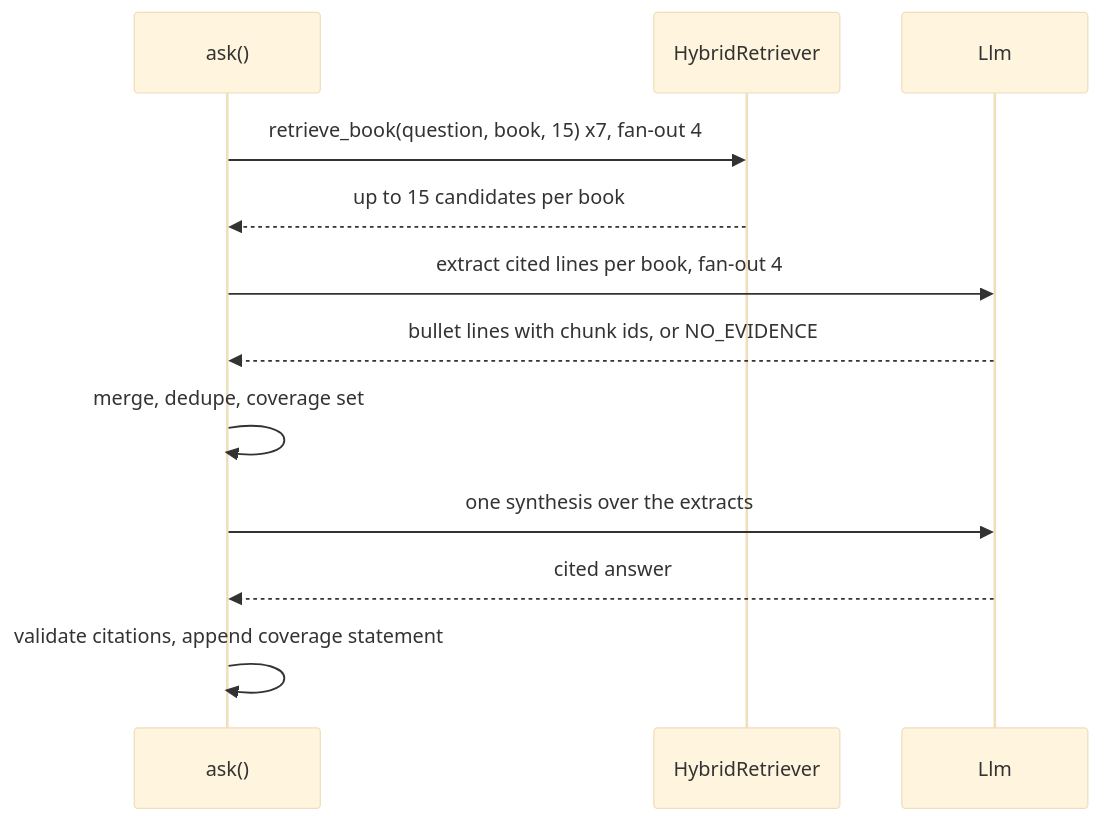
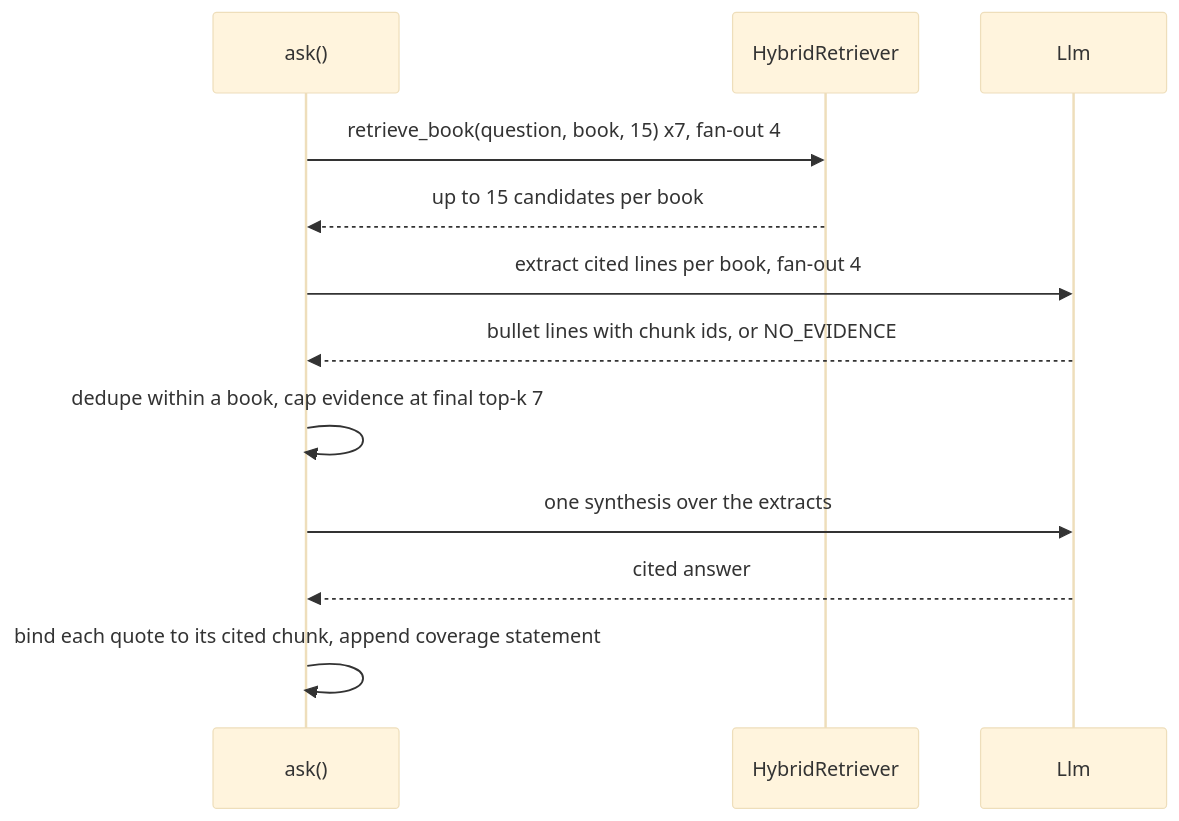
One commit to monitus2022/owl-online changed the fourth of 6 diagrams in docs/architecture.md. Above: the diagram before and after it, drawn with Mermaid (base theme). The commit also changed other lines of this file and 14 other files, not shown here.

First line of the commit message:
fix(generate): bind multi-book quotes and measure the held-out run (#105)

````diff
--- a/docs/architecture.md
+++ b/docs/architecture.md
@@ -260,14 +260,14 @@
 ```mermaid
 sequenceDiagram
   participant A as ask()
   participant R as HybridRetriever
   participant LLM as Llm
   A->>R: retrieve_book(question, book, 15) x7, fan-out 4
   R-->>A: up to 15 candidates per book
   A->>LLM: extract cited lines per book, fan-out 4
   LLM-->>A: bullet lines with chunk ids, or NO_EVIDENCE
-  A->>A: merge, dedupe, coverage set
+  A->>A: dedupe within a book, cap evidence at final top-k 7
   A->>LLM: one synthesis over the extracts
   LLM-->>A: cited answer
-  A->>A: validate citations, append coverage statement
+  A->>A: bind each quote to its cited chunk, append coverage statement
 ```
````
